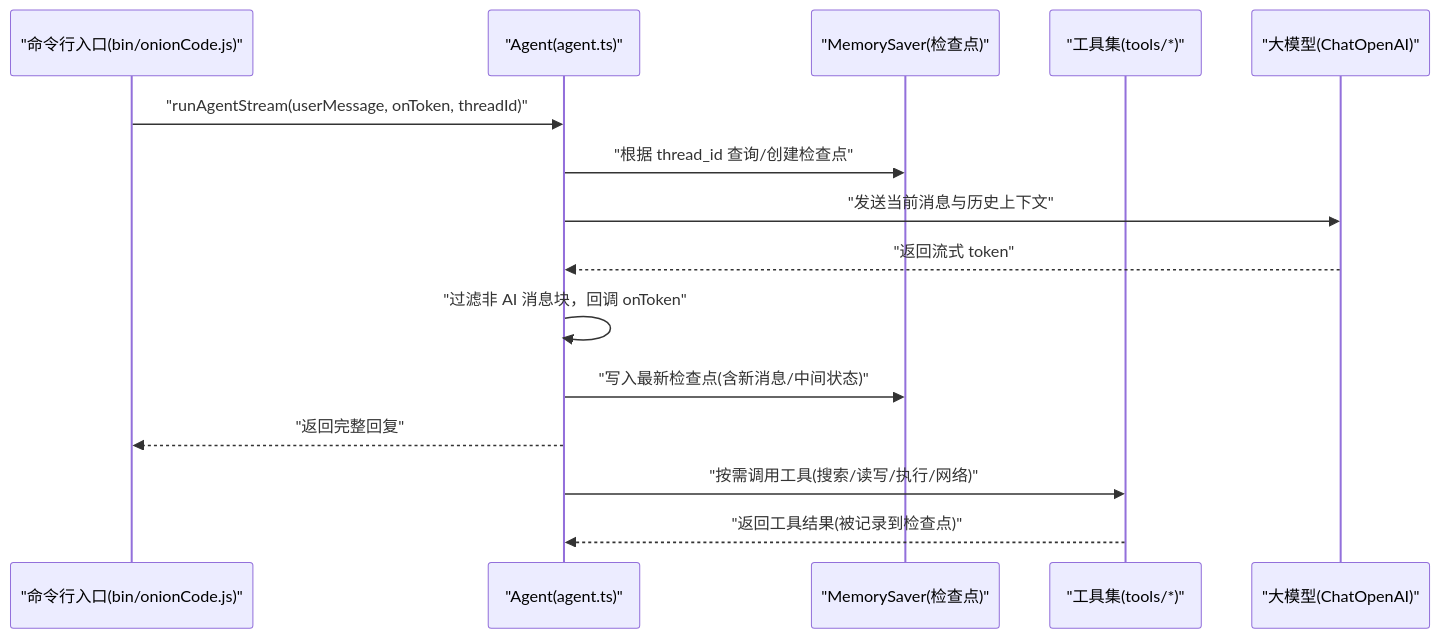
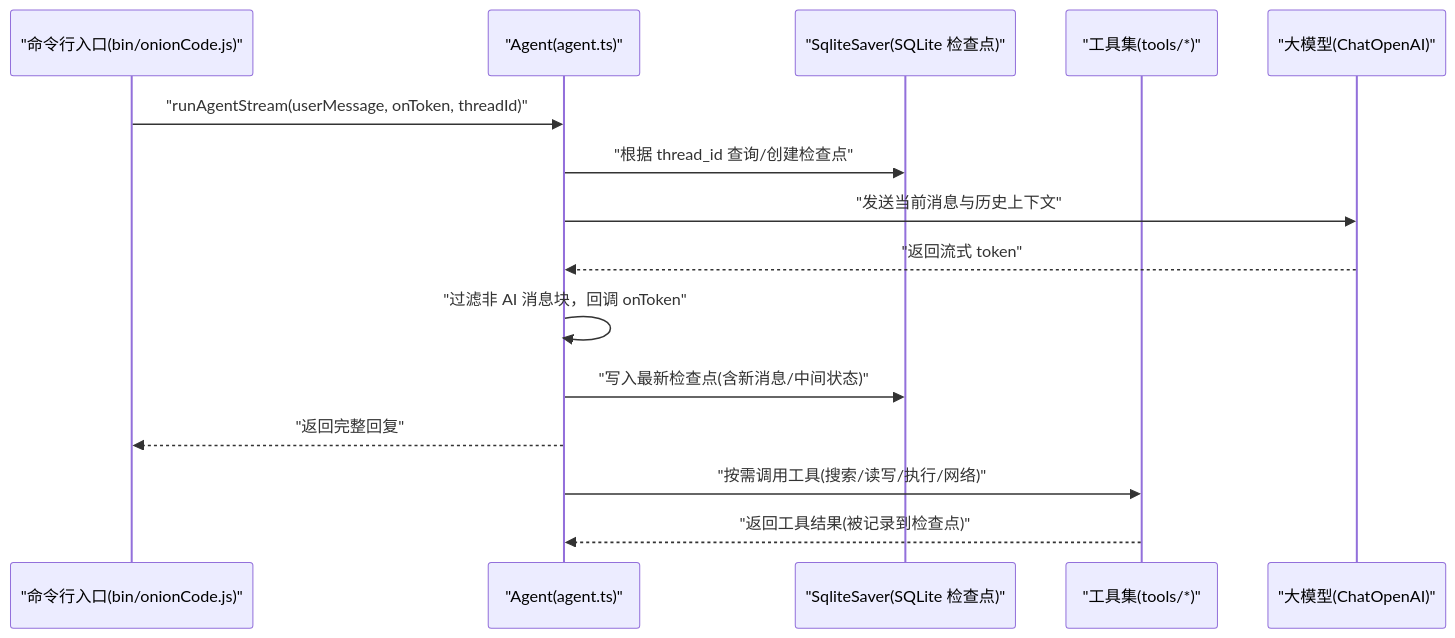
The second of 6 diagrams in .qoder/repowiki/zh/content/核心代理系统/会话管理机制.md (HAOFUYANG/onion-code), drawn with Mermaid before and after one commit. The commit also changed other lines of this file and 3 other files, not shown here.

````diff
--- a/.qoder/repowiki/zh/content/核心代理系统/会话管理机制.md
+++ b/.qoder/repowiki/zh/content/核心代理系统/会话管理机制.md
@@ -102,17 +103,17 @@
 ```mermaid
 sequenceDiagram
 participant CLI as "命令行入口(bin/onionCode.js)"
 participant AG as "Agent(agent.ts)"
-participant CP as "MemorySaver(检查点)"
+participant CP as "SqliteSaver(SQLite 检查点)"
 participant TK as "工具集(tools/*)"
 participant LLM as "大模型(ChatOpenAI)"
 CLI->>AG : "runAgentStream(userMessage, onToken, threadId)"
 AG->>CP : "根据 thread_id 查询/创建检查点"
 AG->>LLM : "发送当前消息与历史上下文"
 LLM-->>AG : "返回流式 token"
 AG->>AG : "过滤非 AI 消息块，回调 onToken"
 AG->>CP : "写入最新检查点(含新消息/中间状态)"
 AG-->>CLI : "返回完整回复"
 AG->>TK : "按需调用工具(搜索/读写/执行/网络)"
 TK-->>AG : "返回工具结果(被记录到检查点)"
 ```
````
